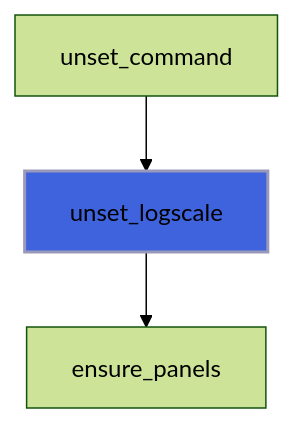
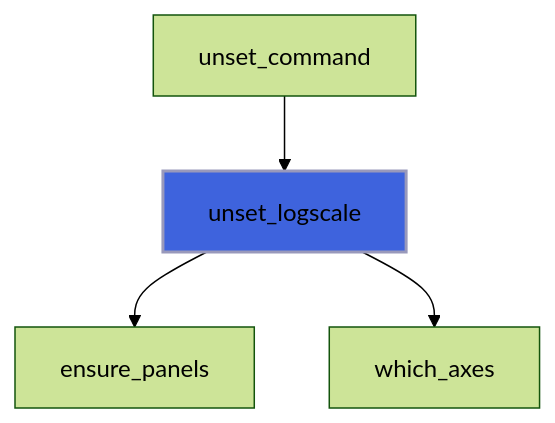
Before and after one commit to szaghi/foresight: diagram 26 of 35 in docs/api/src/lib/foresight_figure.md, drawn with Mermaid (forest theme). The commit also changed other lines of this file and 97 other files, not shown here.

````diff
--- a/docs/api/src/lib/foresight_figure.md
+++ b/docs/api/src/lib/foresight_figure.md
@@ -677,6 +810,7 @@
 ```mermaid
 flowchart TD
   unset_command["unset_command"] --> unset_logscale["unset_logscale"]
   unset_logscale["unset_logscale"] --> ensure_panels["ensure_panels"]
+  unset_logscale["unset_logscale"] --> which_axes["which_axes"]
   style unset_logscale fill:#3e63dd,stroke:#99b,stroke-width:2px
 ```
````
